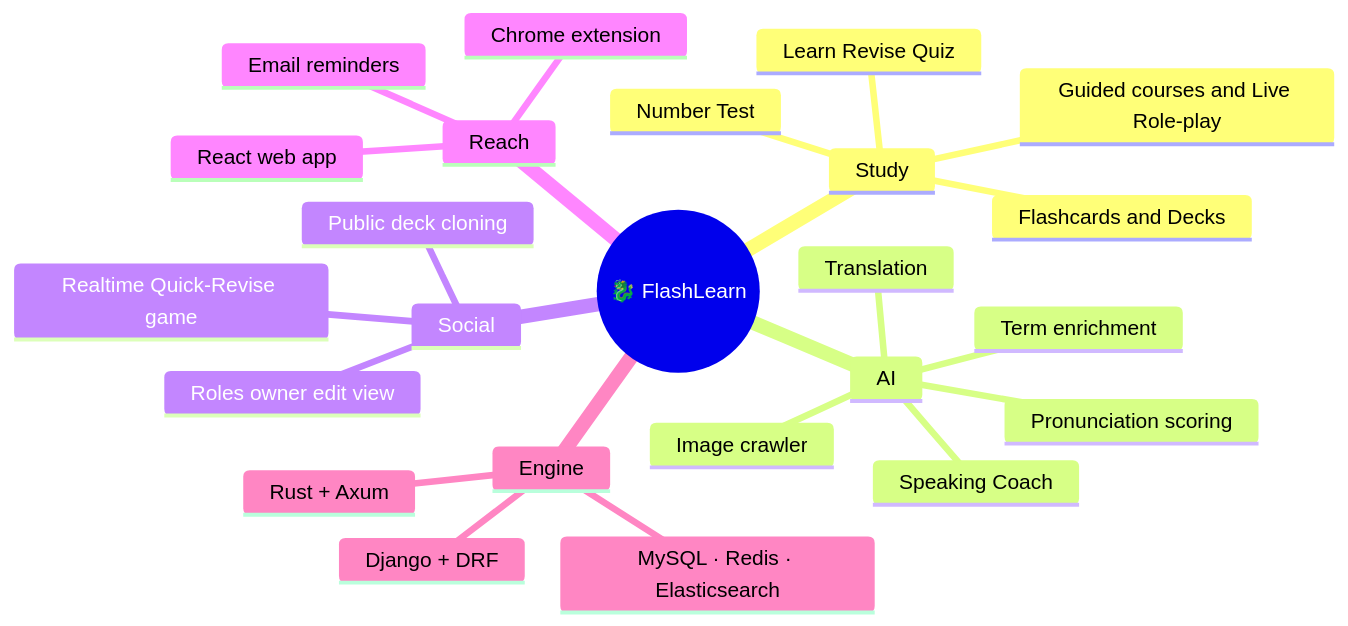
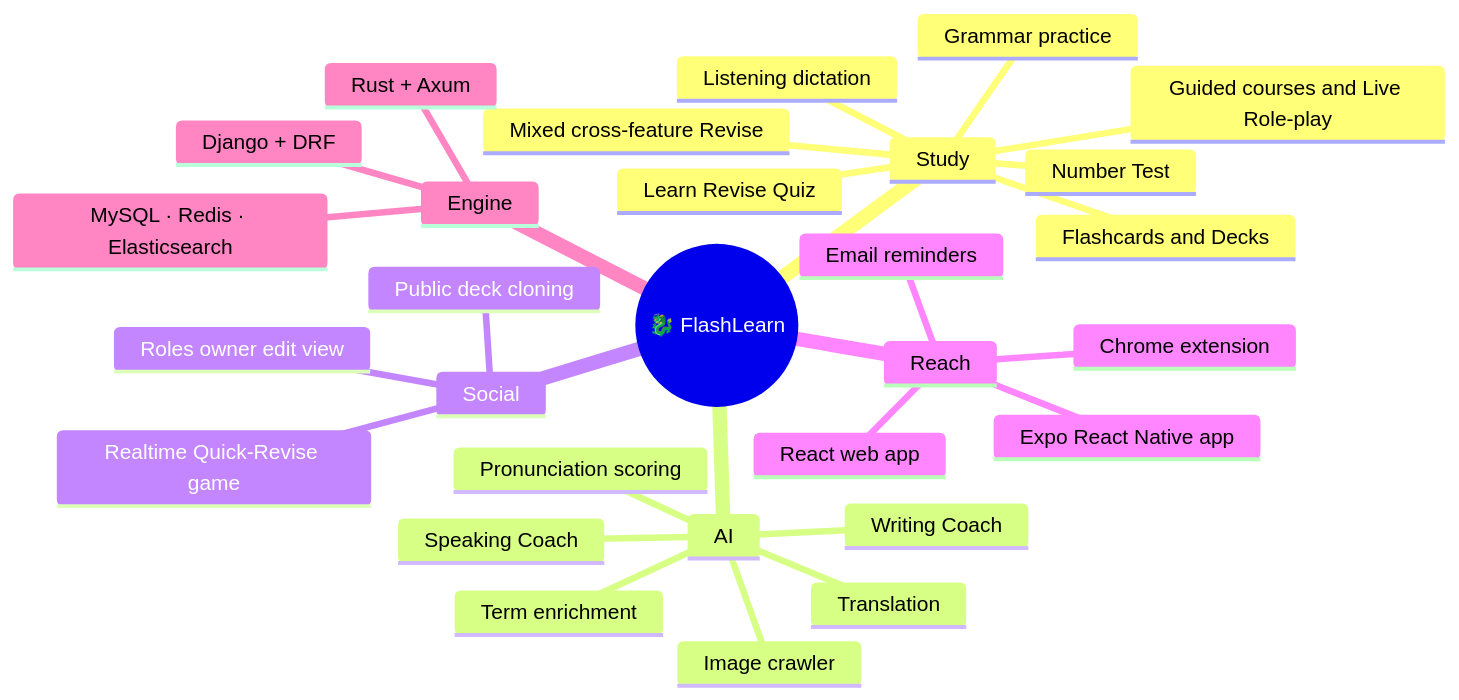
One commit to ngovandong/flashlearn changed the first of 18 diagrams in ARCHITECTURE.md. Above: the diagram before and after it, drawn with Mermaid. The commit also changed other lines of this file and 453 other files, not shown here.

````diff
--- a/ARCHITECTURE.md
+++ b/ARCHITECTURE.md
@@ -60,27 +64,32 @@
 ```mermaid
 mindmap
   root((🐉 FlashLearn))
     Study
       Flashcards and Decks
       Learn Revise Quiz
       Number Test
       Guided courses and Live Role-play
+      Listening dictation
+      Grammar practice
+      Mixed cross-feature Revise
     AI
       Term enrichment
       Speaking Coach
+      Writing Coach
       Pronunciation scoring
       Image crawler
       Translation
     Social
       Public deck cloning
       Roles owner edit view
       Realtime Quick-Revise game
     Reach
       React web app
+      Expo React Native app
       Chrome extension
       Email reminders
     Engine
       Django + DRF
       Rust + Axum
       MySQL · Redis · Elasticsearch
 ```
````
